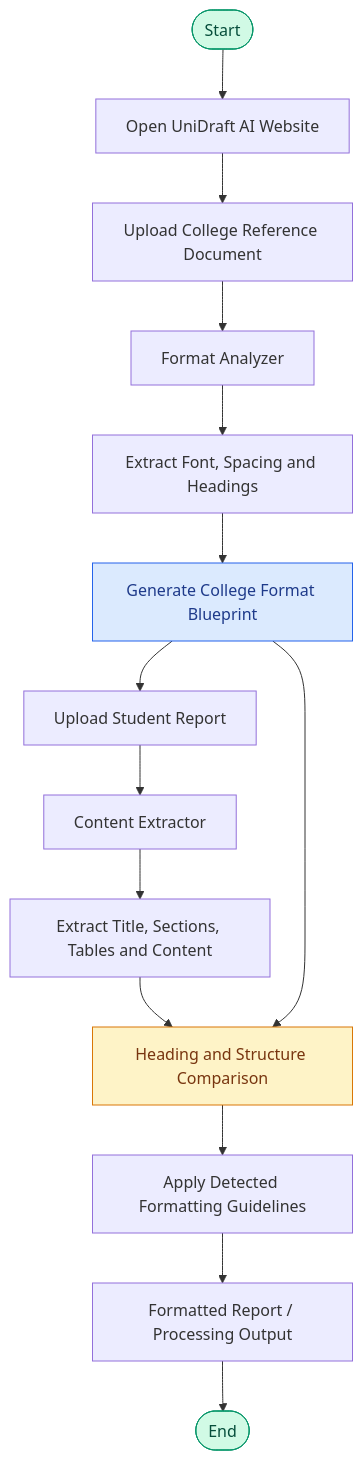
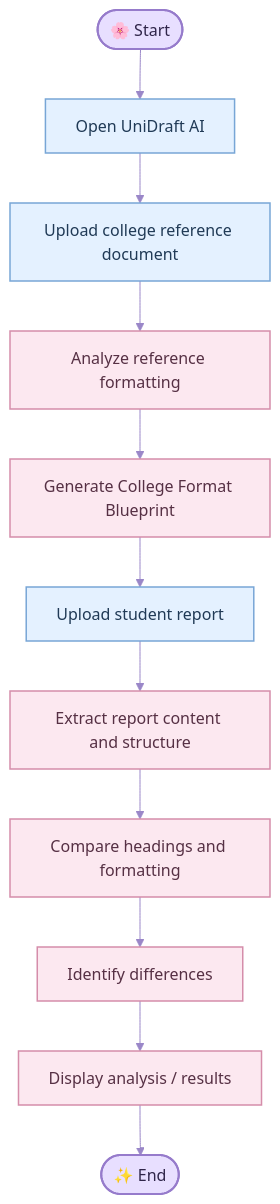
Before and after one commit to AzkaaMulla/UniDraft-AI: the first of 2 diagrams in README.md, drawn with Mermaid. The commit also changed other lines of this file, not shown here.

Commit message:
Update README with workflow and architecture diagrams

````diff
--- a/README.md
+++ b/README.md
@@ -125,24 +44,21 @@
-```mermaid
+``` mermaid
+%%{init: {"theme":"base","themeVariables":{"background":"#F7F4FF","primaryColor":"#E8E0FF","primaryTextColor":"#30264A","primaryBorderColor":"#A895D5","lineColor":"#9A87C8","secondaryColor":"#E1F0FF","tertiaryColor":"#FCE9F1","fontFamily":"Arial"}}}%%
 flowchart TD
-    A([Start]) --> B[Open UniDraft AI Website]
-    B --> C[Upload College Reference Document]
-    C --> D[Format Analyzer]
-    D --> E[Extract Font, Spacing and Headings]
-    E --> F[Generate College Format Blueprint]
-
-    F --> G[Upload Student Report]
-    G --> H[Content Extractor]
-    H --> I[Extract Title, Sections, Tables and Content]
-
-    I --> J[Heading and Structure Comparison]
-    F --> J
-
-    J --> K[Apply Detected Formatting Guidelines]
-    K --> L[Formatted Report / Processing Output]
-    L --> M([End])
-
-    style A fill:#d1fae5,stroke:#059669,color:#064e3b
-    style M fill:#d1fae5,stroke:#059669,color:#064e3b
-    style F fill:#dbeafe,stroke:#2563eb,color:#1e3a8a
-    style J fill:#fef3c7,stroke:#d97706,color:#78350f
+    A(["🌸 Start"]) --> B["Open UniDraft AI"]
+    B --> C["Upload college reference document"]
+    C --> D["Analyze reference formatting"]
+    D --> E["Generate College Format Blueprint"]
+    E --> F["Upload student report"]
+    F --> G["Extract report content and structure"]
+    G --> H["Compare headings and formatting"]
+    H --> I["Identify differences"]
+    I --> J["Display analysis / results"]
+    J --> K(["✨ End"])
+    classDef start fill:#E8DFFF,stroke:#967BCB,color:#30264A,stroke-width:2px
+    classDef process fill:#E4F1FF,stroke:#78A6D6,color:#203A56,stroke-width:1.5px
+    classDef analysis fill:#FCE8F0,stroke:#D58DAA,color:#563044,stroke-width:1.5px
+    classDef finish fill:#E2F4E9,stroke:#76B58C,color:#244A32,stroke-width:2px
+    class A,K start
+    class B,C,F process
+    class D,E,G,H,I,J analysis
 ```
````
